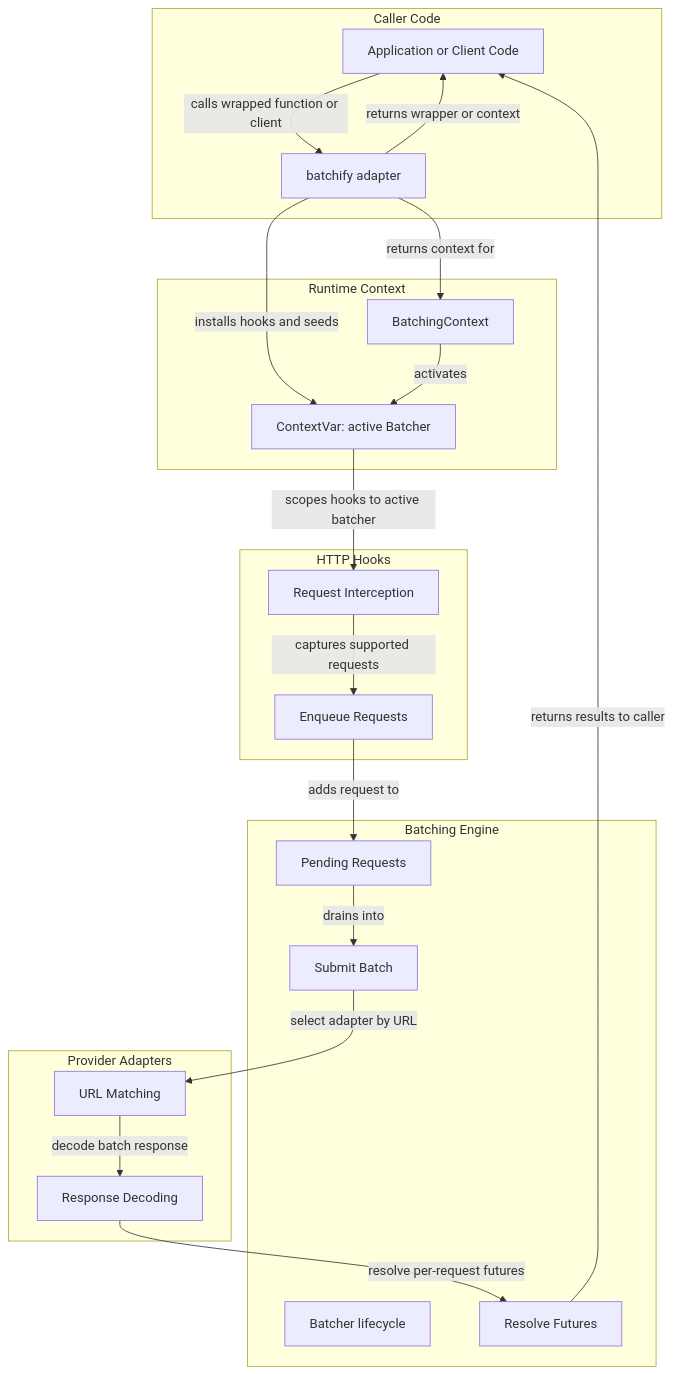
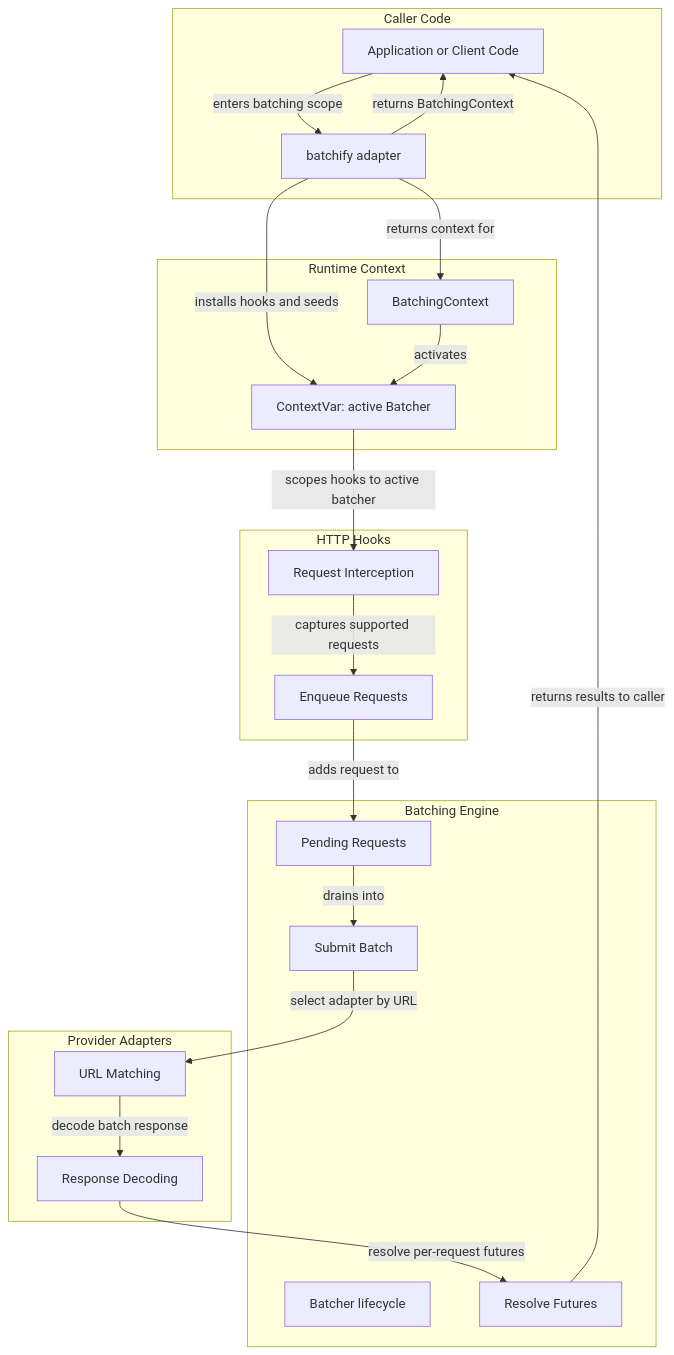
Before and after one commit to vienneraphael/batchling: the diagram in docs/architecture/overview.md, drawn with Mermaid. The commit also changed other lines of this file and 8 other files, not shown here.

````diff
--- a/docs/architecture/overview.md
+++ b/docs/architecture/overview.md
@@ -3,46 +3,46 @@
 ```mermaid
 flowchart TB
     subgraph Caller[Caller Code]
         app[Application or Client Code]
         batchify[batchify adapter]
     end
 
     subgraph Runtime[Runtime Context]
         proxy[BatchingContext]
         ctx[ContextVar: active Batcher]
     end
 
     subgraph Hooks[HTTP Hooks]
         intercept[Request Interception]
         enqueue[Enqueue Requests]
     end
 
     subgraph Engine[Batching Engine]
         batcher[Batcher lifecycle]
         pending[Pending Requests]
         submit[Submit Batch]
         resolve[Resolve Futures]
     end
 
     subgraph Providers[Provider Adapters]
         match[URL Matching]
         decode[Response Decoding]
     end
 
-    app -->|calls wrapped function or client| batchify
-    batchify -->|returns wrapper or context| app
+    app -->|enters batching scope| batchify
+    batchify -->|returns BatchingContext| app
 
     batchify -->|returns context for| proxy
     batchify -->|installs hooks and seeds| ctx
     proxy -->|activates| ctx
 
     ctx -->|scopes hooks to active batcher| intercept
     intercept -->|captures supported requests| enqueue
     enqueue -->|adds request to| pending
     pending -->|drains into| submit
 
     submit -->|select adapter by URL| match
     match -->|decode batch response| decode
     decode -->|resolve per-request futures| resolve
     resolve -->|returns results to caller| app
 ```
````
